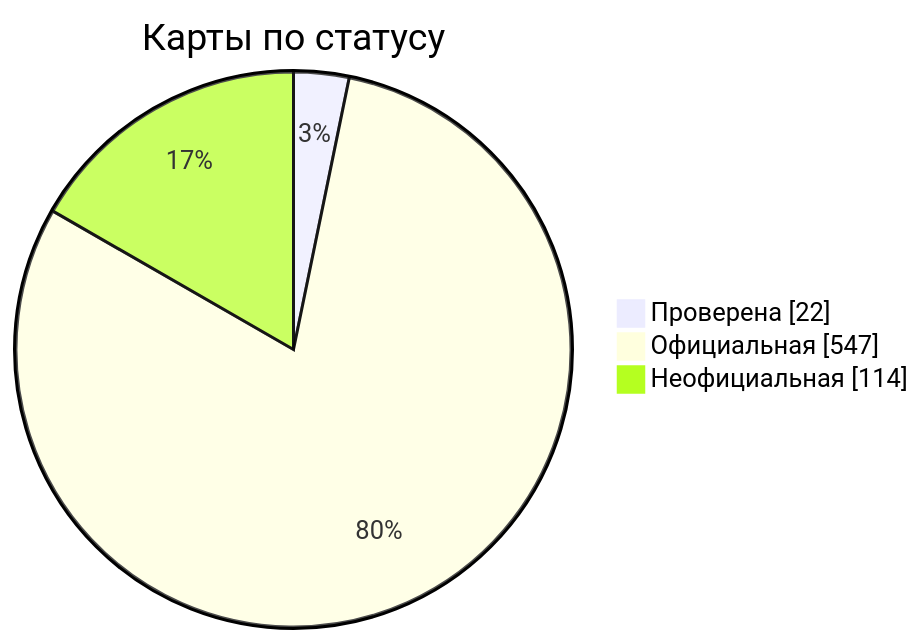
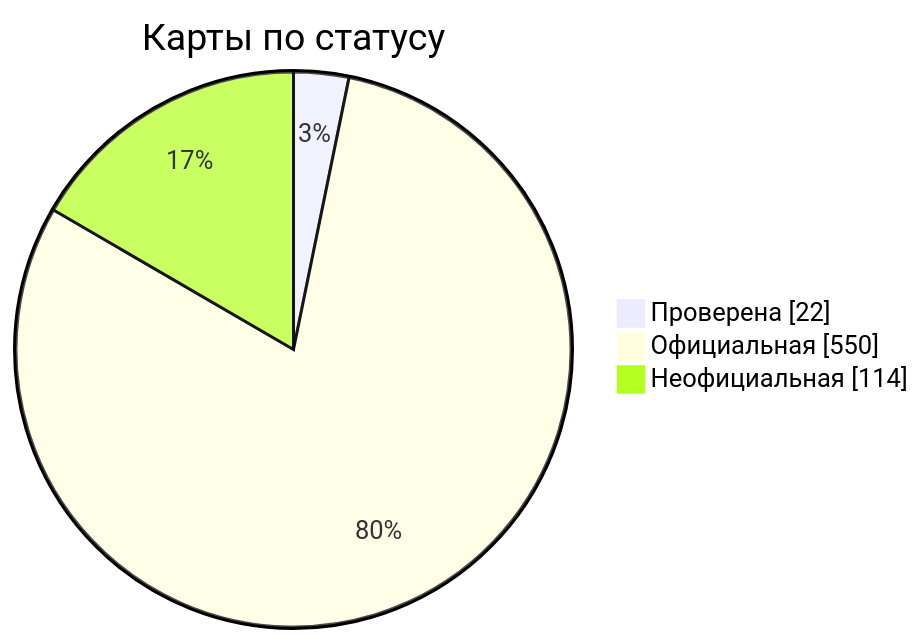
The diagram in docs/readme/README_RU.md (nobrega8/mbmap-library), drawn with Mermaid before and after one commit. The commit also changed 8 other files, not shown here.

````diff
--- a/docs/readme/README_RU.md
+++ b/docs/readme/README_RU.md
@@ -54,7 +54,7 @@
 ```mermaid
 pie showData
     title Карты по статусу
     "Проверена" : 22
-    "Официальная" : 547
+    "Официальная" : 550
     "Неофициальная" : 114
 ```
````
